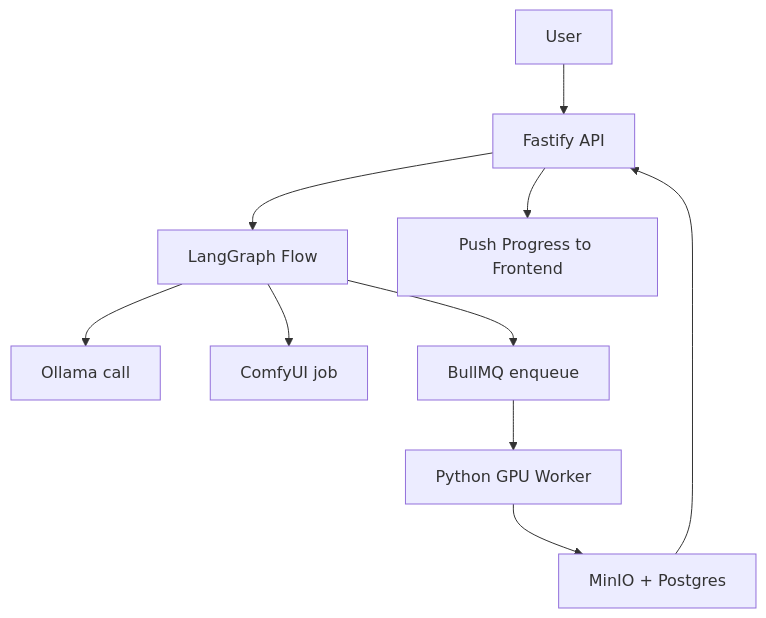
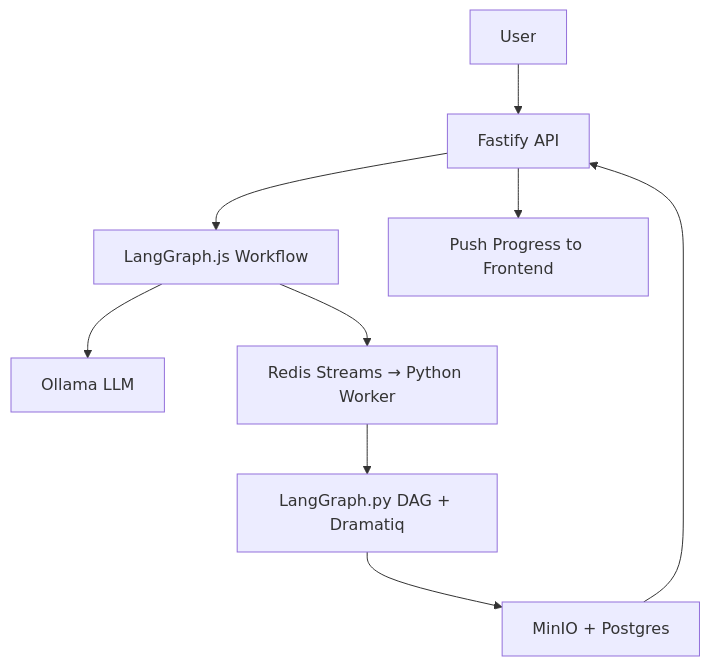
The second of 2 diagrams in docs/04_modular_breakdown.md (ktzevani/myspinbot), drawn with Mermaid before and after one commit. The commit also changed other lines of this file and 6 other files, not shown here.

Commit message:
Revised project architecture. Introduces new architecture with a double LangGraph orchestration (cross runtime), Redis Streams insteadn of BullMQ and Dramatiq instead of Celery.

````diff
--- a/docs/04_modular_breakdown.md
+++ b/docs/04_modular_breakdown.md
@@ -113,12 +118,11 @@
 ```mermaid
 flowchart TD
     User --> API[Fastify API]
-    API --> Graph[LangGraph Flow]
-    Graph --> LLM[Ollama call]
-    Graph --> Workflow[ComfyUI job]
-    Graph --> Queue[BullMQ enqueue]
-    Queue --> Worker[Python GPU Worker]
+    API --> Graph[LangGraph.js Workflow]
+    Graph --> LLM[Ollama LLM]
+    Graph --> Redis[Redis Streams → Python Worker]
+    Redis --> Worker[LangGraph.py DAG + Dramatiq]
     Worker --> Storage[MinIO + Postgres]
     Storage --> API
     API --> WebSocket[Push Progress to Frontend]
 ```
````
